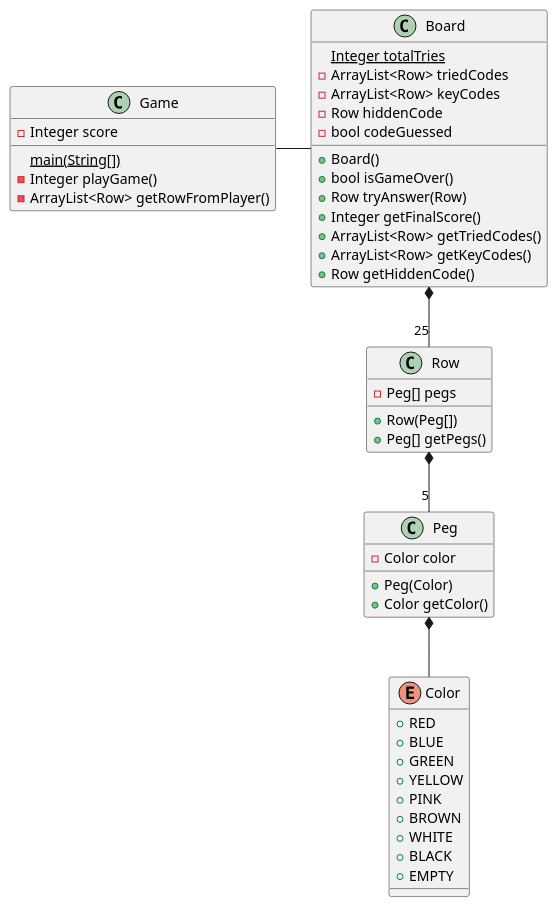
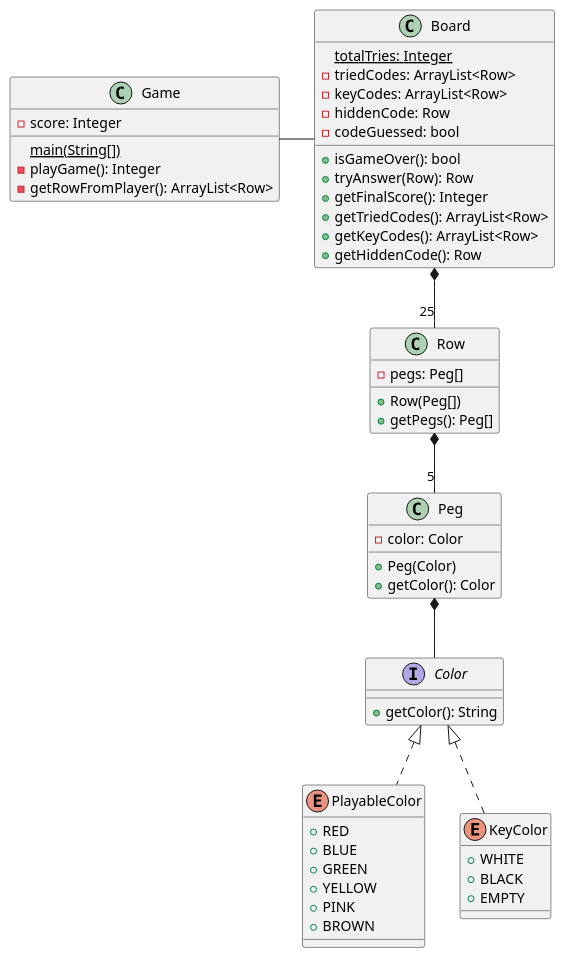
The diagram in mastermind/docs/uml.md (Molter73/oop-uni), drawn with PlantUML before and after one commit. The commit also changed 9 other files, not shown here.

```diff
--- a/mastermind/docs/uml.md
+++ b/mastermind/docs/uml.md
@@ -1,53 +1,59 @@
 @startuml
-enum Color {
+interface Color {
+   +getColor(): String
+}
+
+enum PlayableColor implements Color {
     +RED
     +BLUE
     +GREEN
     +YELLOW
     +PINK
     +BROWN
+}
+
+enum KeyColor implements Color {
     +WHITE
     +BLACK
     +EMPTY
 }
 
 class Peg {
-    -Color color
+    -color: Color
     +Peg(Color)
-    +Color getColor()
+    +getColor(): Color
 }
 
 class Row {
-    -Peg[] pegs
+    -pegs: Peg[]
     +Row(Peg[])
-    +Peg[] getPegs()
+    +getPegs(): Peg[]
 }
 
 class Board {
-    {static} Integer totalTries
-    -ArrayList<Row> triedCodes
-    -ArrayList<Row> keyCodes
-    -Row hiddenCode
-    -bool codeGuessed
-    +Board()
-    +bool isGameOver()
-    +Row tryAnswer(Row)
-    +Integer getFinalScore()
-    +ArrayList<Row> getTriedCodes()
-    +ArrayList<Row> getKeyCodes()
-    +Row getHiddenCode()
+    {static} totalTries: Integer
+    -triedCodes: ArrayList<Row>
+    -keyCodes: ArrayList<Row>
+    -hiddenCode: Row
+    -codeGuessed: bool
+    +isGameOver(): bool
+    +tryAnswer(Row): Row
+    +getFinalScore(): Integer
+    +getTriedCodes(): ArrayList<Row>
+    +getKeyCodes(): ArrayList<Row>
+    +getHiddenCode(): Row
 }
 
 class Game {
-    -Integer score
+    -score: Integer
     {static} main(String[])
-    -Integer playGame()
-    -ArrayList<Row> getRowFromPlayer()
+    -playGame(): Integer
+    -getRowFromPlayer(): ArrayList<Row>
 }
 
 Game -right- Board
 Board *-- "25" Row
 Row *-- "5" Peg
 Peg *-- Color
 
 @enduml
```
